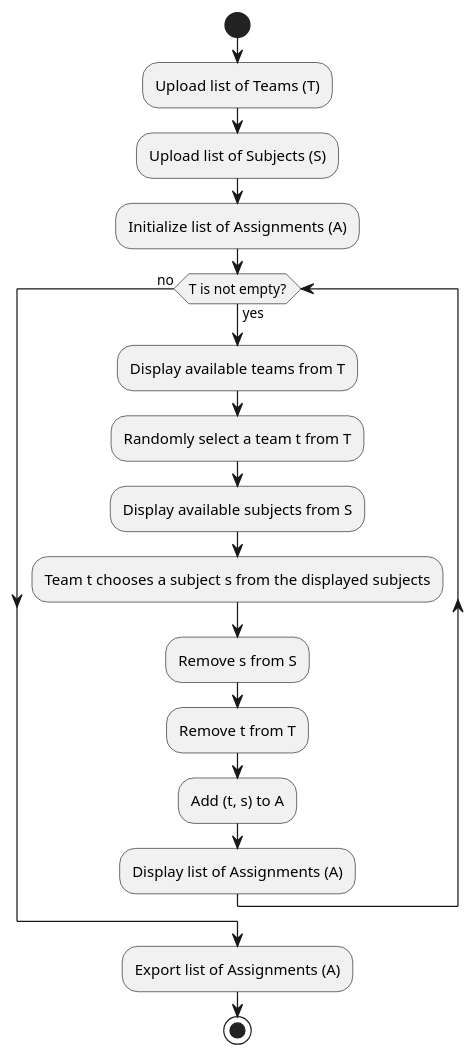
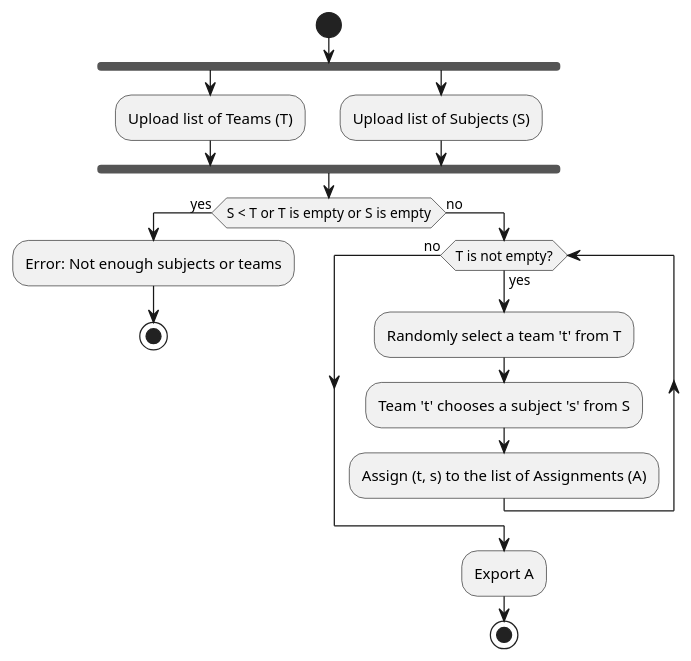
The diagram in uml/activity/pfa_distributer.plantuml (gl-ensias-community/gl-ensias), drawn with PlantUML before and after one commit.

Commit message:
Refactor PFA Distributer activity diagram: Simplify and optimize assignment process

```diff
--- a/uml/activity/pfa_distributer.plantuml
+++ b/uml/activity/pfa_distributer.plantuml
@@ -1,26 +1,23 @@
 @startuml
 start
 
+fork
 :Upload list of Teams (T);
+fork again
 :Upload list of Subjects (S);
+end fork
 
-:Initialize list of Assignments (A);
+if (S < T or T is empty or S is empty) then (yes)
+    :Error: Not enough subjects or teams;
+    stop
+else (no)
+    while (T is not empty?) is (yes)
+        :Randomly select a team 't' from T;
+        :Team 't' chooses a subject 's' from S;
+        :Assign (t, s) to the list of Assignments (A);
+    endwhile (no)
+    :Export A;
+    stop
+endif
 
-while (T is not empty?) is (yes)
-    :Display available teams from T;
-    :Randomly select a team t from T;
-
-    :Display available subjects from S;
-
-    :Team t chooses a subject s from the displayed subjects;
-
-    :Remove s from S;
-    :Remove t from T;
-    :Add (t, s) to A;
-    :Display list of Assignments (A);
-endwhile (no)
-
-:Export list of Assignments (A);
-
-stop
 @enduml
```
